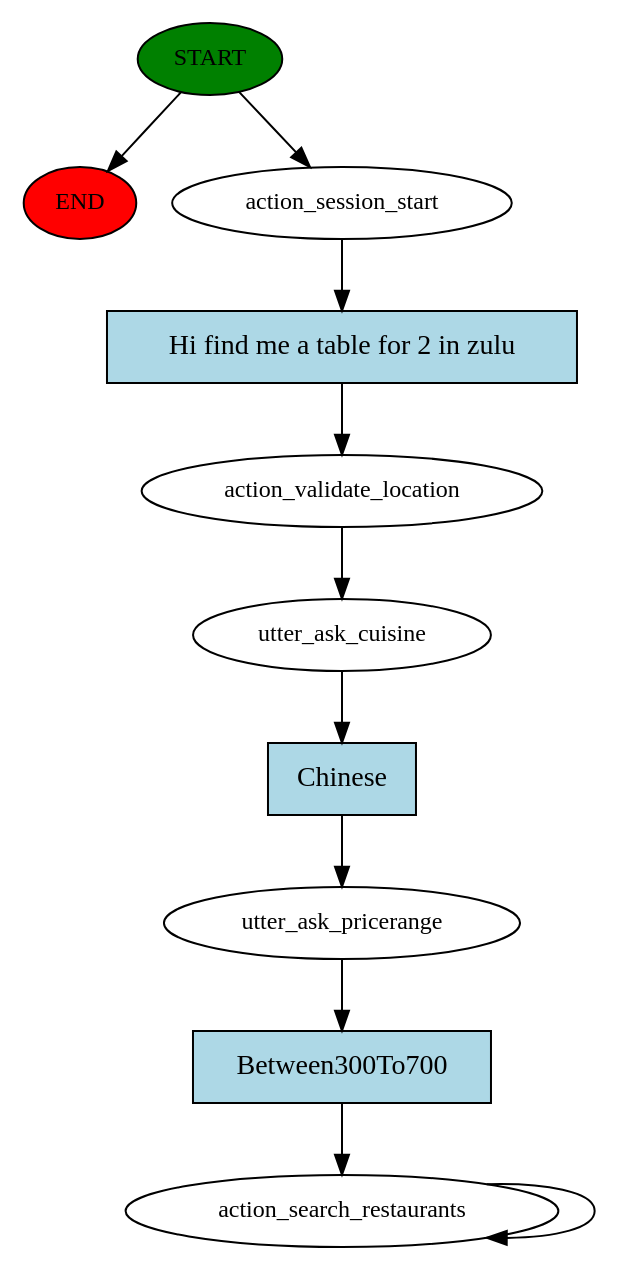
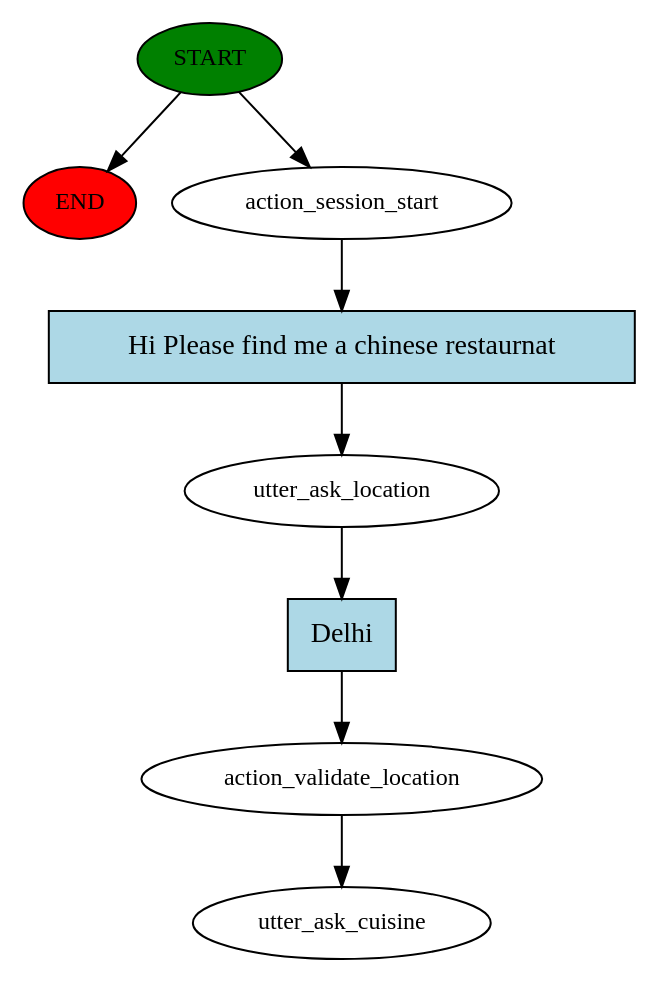
The diagram in story_graph.dot (HemantTiwariGitHub/ChatbotV2), drawn with Graphviz before and after one commit. The commit also changed 5 other files, not shown here.

```diff
--- a/story_graph.dot
+++ b/story_graph.dot
@@ -1,22 +1,17 @@
 digraph  {
 0 [class="start active", fillcolor=green, fontsize=12, label=START, style=filled];
 "-1" [class=end, fillcolor=red, fontsize=12, label=END, style=filled];
 1 [class=active, fontsize=12, label=action_session_start];
-2 [class=active, fontsize=12, label=action_validate_location];
-3 [class=active, fontsize=12, label=utter_ask_cuisine];
-4 [class=active, fontsize=12, label=utter_ask_pricerange];
-5 [class="active dashed", fontsize=12, label=action_search_restaurants];
-7 [class="intent active", fillcolor=lightblue, label="Hi find me a table for 2 in zulu", shape=rect, style=filled];
-8 [class="intent active", fillcolor=lightblue, label=Chinese, shape=rect, style=filled];
-9 [class="intent active", fillcolor=lightblue, label=Between300To700, shape=rect, style=filled];
+2 [class=active, fontsize=12, label=utter_ask_location];
+3 [class=active, fontsize=12, label=action_validate_location];
+4 [class="dashed active", fontsize=12, label=utter_ask_cuisine];
+5 [class="intent active", fillcolor=lightblue, label="Hi Please find me a chinese restaurnat", shape=rect, style=filled];
+6 [class="intent active", fillcolor=lightblue, label=Delhi, shape=rect, style=filled];
 0 -> "-1"  [class="", key=NONE, label=""];
 0 -> 1  [class=active, key=NONE, label=""];
-1 -> 7  [class=active, key=0];
-2 -> 3  [class=active, key=NONE, label=""];
-3 -> 8  [class=active, key=0];
-4 -> 9  [class=active, key=0];
-5 -> 5  [class=active, key=NONE, label=""];
-7 -> 2  [class=active, key=0];
-8 -> 4  [class=active, key=0];
-9 -> 5  [class=active, key=0];
+1 -> 5  [class=active, key=0];
+2 -> 6  [class=active, key=0];
+3 -> 4  [class=active, key=NONE, label=""];
+5 -> 2  [class=active, key=0];
+6 -> 3  [class=active, key=0];
 }
```
